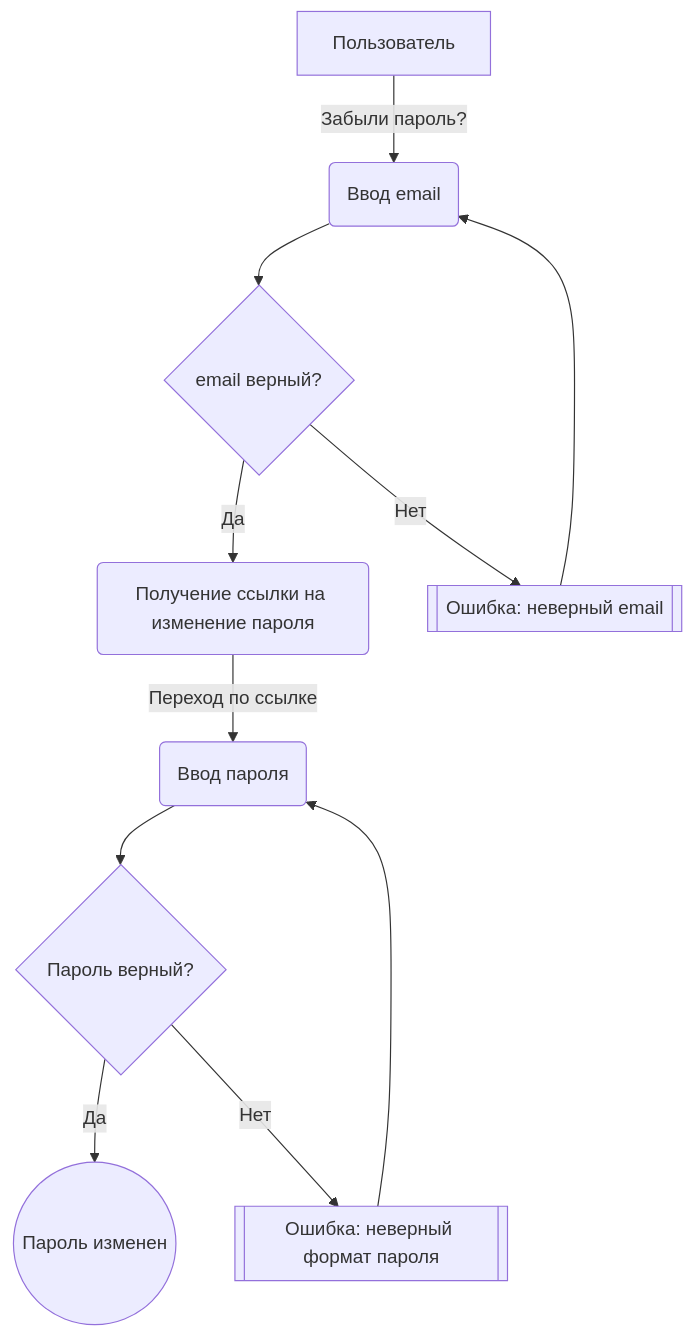
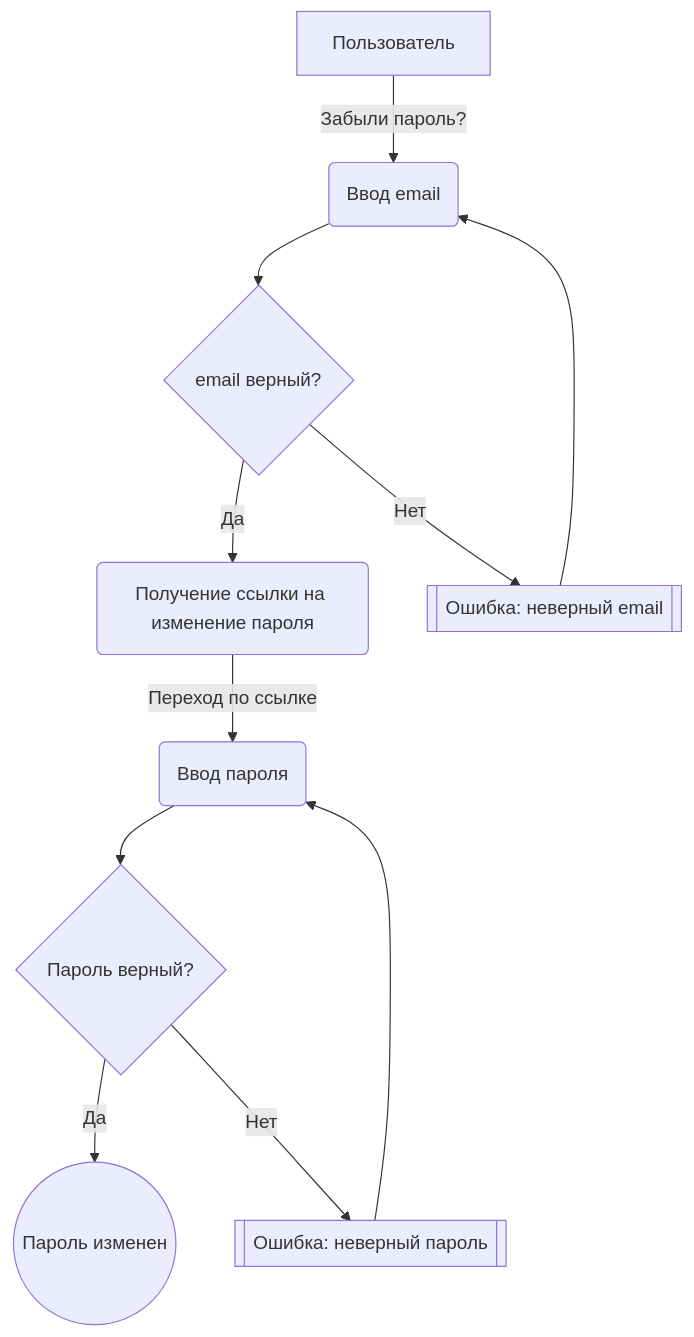
One commit to P314Rat/LegalexAccount changed the first of 2 diagrams in Documentation/docs/авторизация/password-recovery.md. Above: the diagram before and after it, drawn with Mermaid.

Commit message:
Refactoring is done.

````diff
--- a/Documentation/docs/авторизация/password-recovery.md
+++ b/Documentation/docs/авторизация/password-recovery.md
@@ -16,13 +16,13 @@
 ```mermaid
 graph TD;
     A[Пользователь] -->|Забыли пароль?| B(Ввод email)
     B --> C{email верный?}
     C -->|Да| D(Получение ссылки на изменение пароля)
     C -->|Нет| E[[Ошибка: неверный email]]
     D -->|Переход по ссылке| F(Ввод пароля)
     F --> G{Пароль верный?}
     G -->|Да| H((Пароль изменен))
-    G -->|Нет| I[[Ошибка: неверный формат пароля]]
+    G -->|Нет| I[[Ошибка: неверный пароль]]
     I --> F
     E --> B
 ```
````
